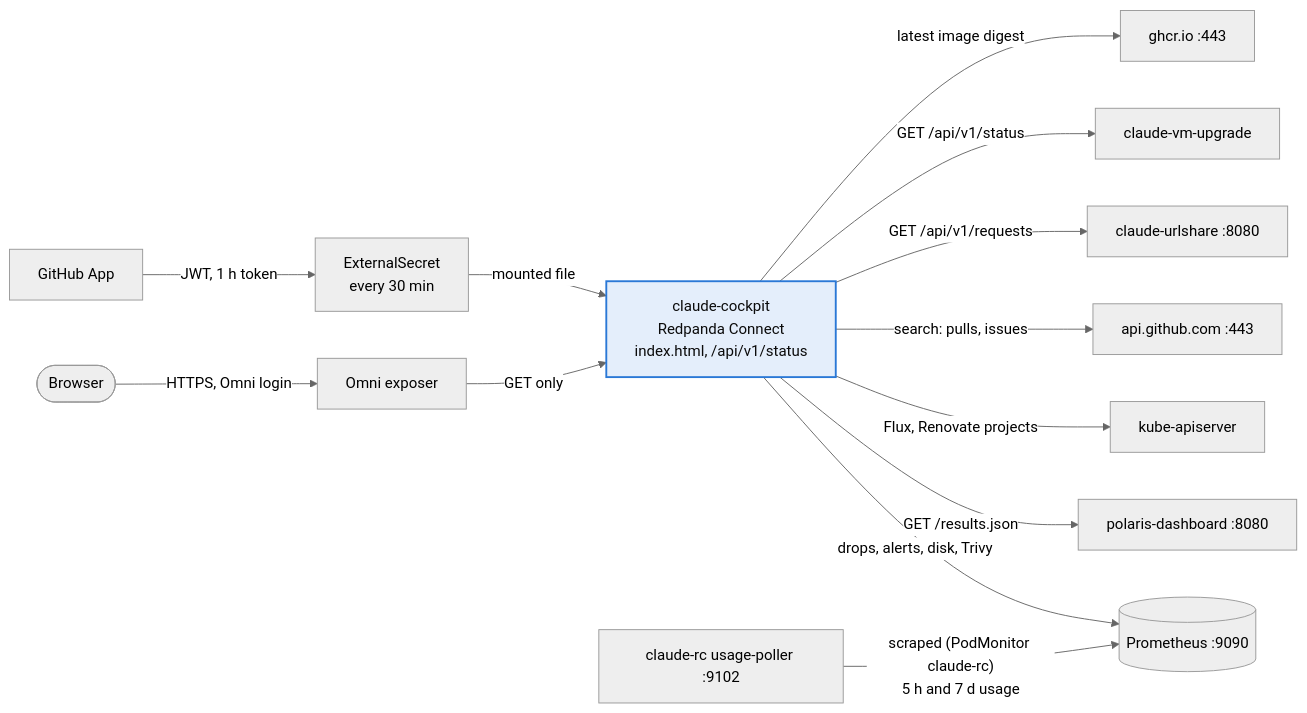
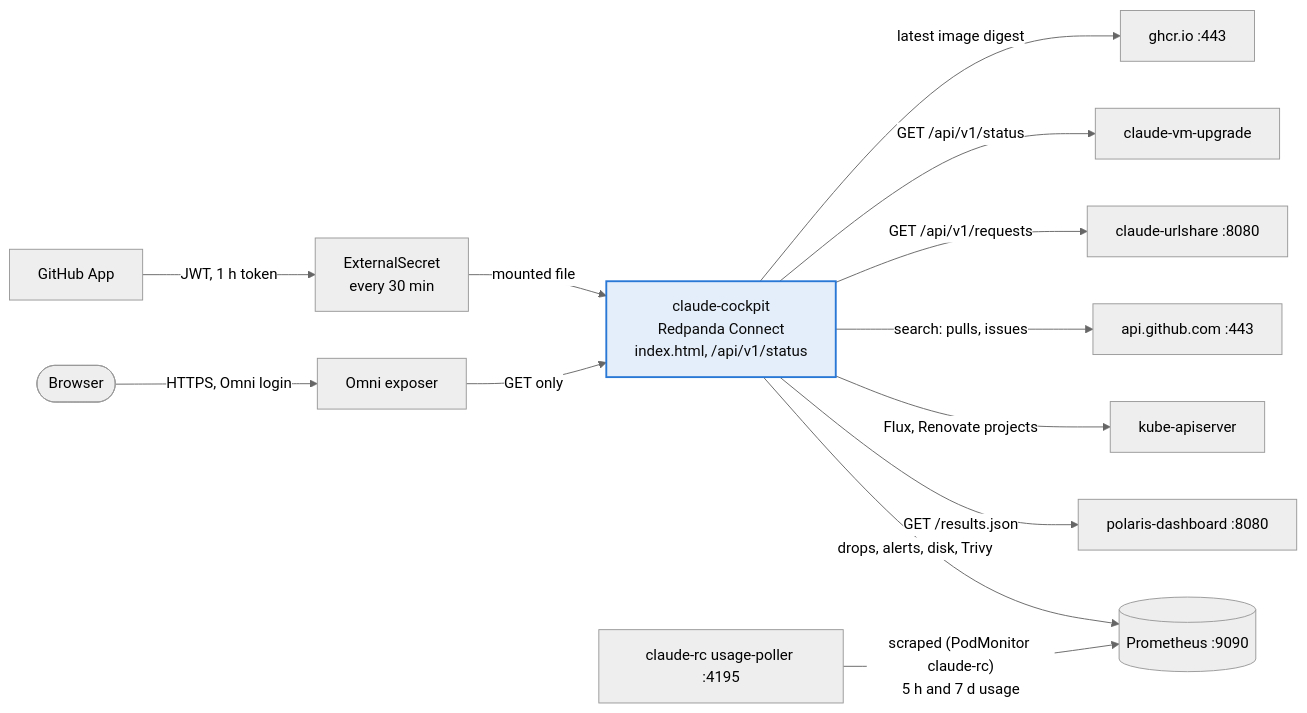
Before and after one commit to cthtrifork/talos-gitops: the third of 3 diagrams in k8s/apps/claude-system/README.md, drawn with Mermaid (neutral theme). The commit also changed other lines of this file and 6 other files, not shown here.

First line of the commit message:
refactor(claude-system): poll the plan usage with Redpanda Connect instead of a shell script

````diff
--- a/k8s/apps/claude-system/README.md
+++ b/k8s/apps/claude-system/README.md
@@ -398,21 +398,21 @@
 ```mermaid
 flowchart LR
   you([Browser]) -->|HTTPS, Omni login| omni[Omni exposer]
   omni -->|GET only| cockpit["claude-cockpit<br/>Redpanda Connect<br/>index.html, /api/v1/status"]
 
   cockpit -->|"drops, alerts, disk, Trivy"| prom[(Prometheus :9090)]
   cockpit -->|"GET /results.json"| polaris[polaris-dashboard :8080]
   cockpit -->|"Flux, Renovate projects"| api[kube-apiserver]
   cockpit -->|"search: pulls, issues"| gh[api.github.com :443]
 
   app[GitHub App] -->|"JWT, 1 h token"| es[ExternalSecret<br/>every 30 min]
   es -->|"mounted file"| cockpit
 
   cockpit -->|"GET /api/v1/requests"| urlshare[claude-urlshare :8080]
   cockpit -->|"GET /api/v1/status"| vmup[claude-vm-upgrade]
   cockpit -->|"latest image digest"| ghcr[ghcr.io :443]
-  poller["claude-rc usage-poller :9102"] -->|"scraped (PodMonitor claude-rc)<br/>5 h and 7 d usage"| prom
+  poller["claude-rc usage-poller :4195"] -->|"scraped (PodMonitor claude-rc)<br/>5 h and 7 d usage"| prom
 
   classDef new fill:#e4eefb,stroke:#2a78d6,stroke-width:2px,color:#0b0b0b
   class cockpit new
 ```
````
